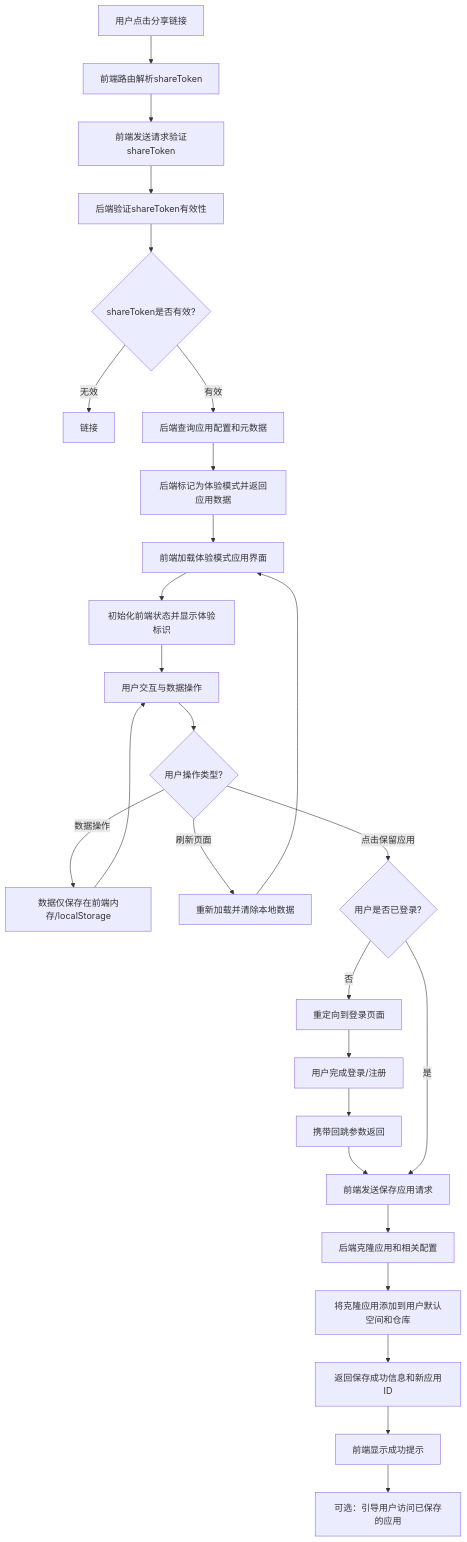
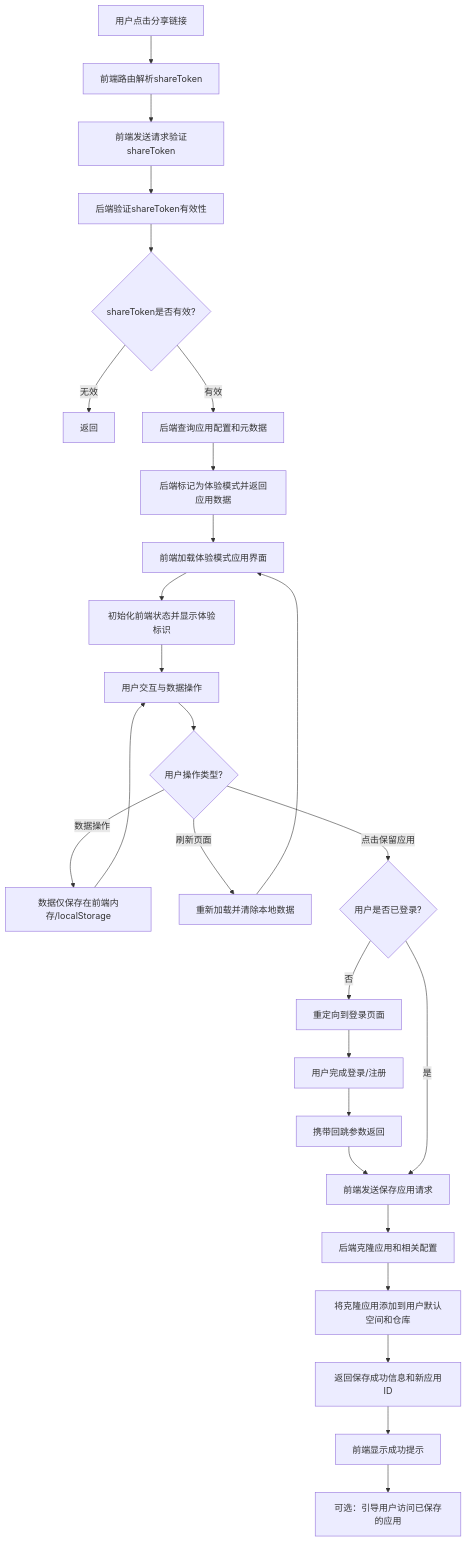
Before and after one commit to yingjianzh/iodraw-files: the diagram in all/未命名-65.md, drawn with Mermaid.

Commit message:
2025-05-22 10:49:53 update

````diff
--- a/all/未命名-65.md
+++ b/all/未命名-65.md
@@ -1,29 +1,29 @@
 ```mermaid
 flowchart TD
     A[用户点击分享链接] --> B[前端路由解析shareToken]
     B --> C[前端发送请求验证shareToken]
     C --> D[后端验证shareToken有效性]
     D --> E{shareToken是否有效?}
-    E -->|无效| F[链接]
+    E -->|无效| F[返回]
     E -->|有效| G[后端查询应用配置和元数据]
     G --> H[后端标记为体验模式并返回应用数据]
     H --> I[前端加载体验模式应用界面]
     I --> J[初始化前端状态并显示体验标识]
     J --> K[用户交互与数据操作]
     K --> L{用户操作类型?}
     L -->|数据操作| M[数据仅保存在前端内存/localStorage]
     M --> K
     L -->|刷新页面| N[重新加载并清除本地数据]
     N --> I
     L -->|点击保留应用| O{用户是否已登录?}
     O -->|否| P[重定向到登录页面]
     P --> Q[用户完成登录/注册]
     Q --> R[携带回跳参数返回]
     R --> S[前端发送保存应用请求]
     O -->|是| S
     S --> T[后端克隆应用和相关配置]
     T --> U[将克隆应用添加到用户默认空间和仓库]
     U --> V[返回保存成功信息和新应用ID]
     V --> W[前端显示成功提示]
     W --> X[可选：引导用户访问已保存的应用]
 ```
````
